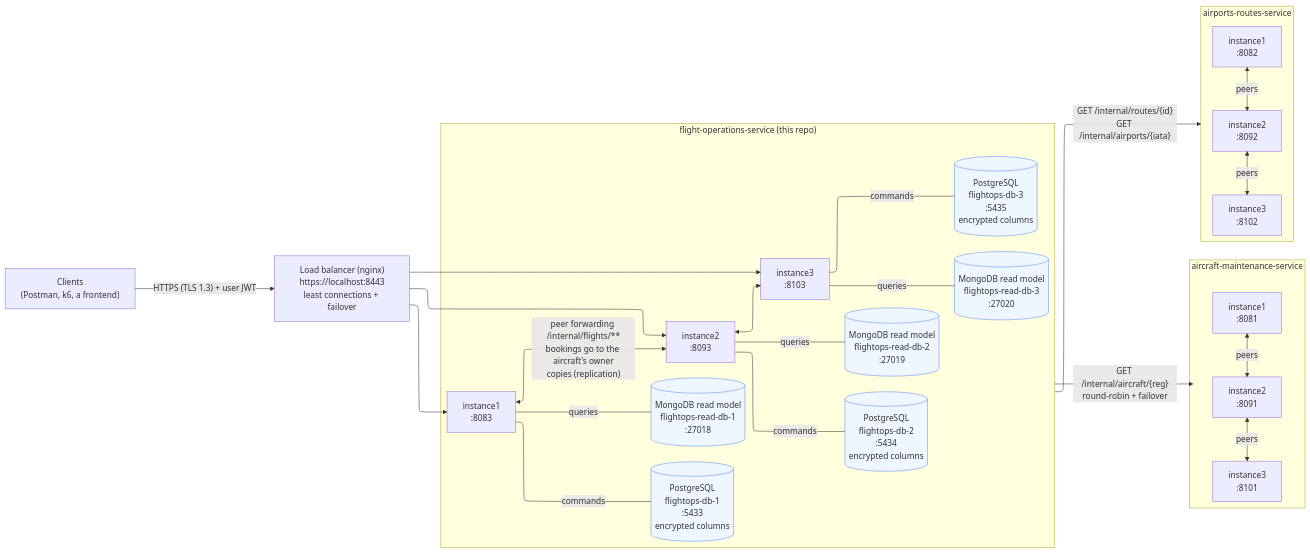
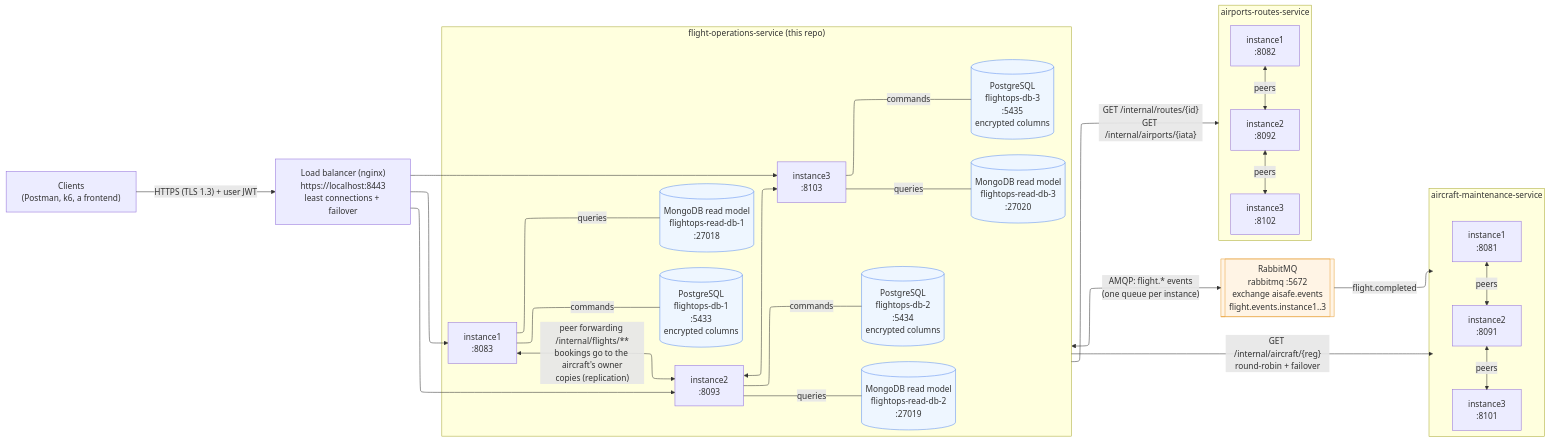
One commit to ImJay1527/flight-operations-service changed the diagram in docs/diagrams/1-system-overview.mmd. Above: the diagram before and after it, drawn with Mermaid. The commit also changed 52 other files, not shown here.

First line of the commit message:
RabbitMQ: flight events through the broker

```diff
--- a/docs/diagrams/1-system-overview.mmd
+++ b/docs/diagrams/1-system-overview.mmd
@@ -1,58 +1,64 @@
 ---
 config:
   layout: elk
 ---
 %% PL3 p.20 - the distributed system: 3 components x 3 instances, each flight-ops instance with its own database
 %% (docker-compose; on Kubernetes the same picture with pods flightops-0..N-1 found through DNS, see k8s/)
 flowchart LR
     client["Clients<br/>(Postman, k6, a frontend)"]
     lb["Load balancer (nginx)<br/>https://localhost:8443<br/>least connections + failover"]
 
     subgraph FO["flight-operations-service (this repo)"]
         direction TB
         fo1["instance1<br/>:8083"]
         fo2["instance2<br/>:8093"]
         fo3["instance3<br/>:8103"]
         db1[("PostgreSQL<br/>flightops-db-1<br/>:5433<br/>encrypted columns")]
         db2[("PostgreSQL<br/>flightops-db-2<br/>:5434<br/>encrypted columns")]
         db3[("PostgreSQL<br/>flightops-db-3<br/>:5435<br/>encrypted columns")]
         rd1[("MongoDB read model<br/>flightops-read-db-1<br/>:27018")]
         rd2[("MongoDB read model<br/>flightops-read-db-2<br/>:27019")]
         rd3[("MongoDB read model<br/>flightops-read-db-3<br/>:27020")]
         fo1 ---|commands| db1
         fo2 ---|commands| db2
         fo3 ---|commands| db3
         fo1 ---|queries| rd1
         fo2 ---|queries| rd2
         fo3 ---|queries| rd3
         fo1 <-->|"peer forwarding /internal/flights/**<br/>bookings go to the aircraft's owner<br/>copies (replication)"| fo2
         fo2 <--> fo3
     end
 
+    mq[["RabbitMQ<br/>rabbitmq :5672<br/>exchange aisafe.events<br/>flight.events.instance1..3"]]
+
     subgraph AM["aircraft-maintenance-service"]
         direction TB
         am1["instance1<br/>:8081"]
         am2["instance2<br/>:8091"]
         am3["instance3<br/>:8101"]
         am1 <-->|peers| am2
         am2 <-->|peers| am3
     end
 
     subgraph AR["airports-routes-service"]
         direction TB
         ar1["instance1<br/>:8082"]
         ar2["instance2<br/>:8092"]
         ar3["instance3<br/>:8102"]
         ar1 <-->|peers| ar2
         ar2 <-->|peers| ar3
     end
 
     client -->|"HTTPS (TLS 1.3) + user JWT"| lb
     lb --> fo1
     lb --> fo2
     lb --> fo3
     FO -->|"GET /internal/aircraft/{reg}<br/>round-robin + failover"| AM
     FO -->|"GET /internal/routes/{id}<br/>GET /internal/airports/{iata}"| AR
+    FO <-->|"AMQP: flight.* events<br/>(one queue per instance)"| mq
+    mq -->|"flight.completed"| AM
 
     classDef db fill:#eef6ff,stroke:#5b8def
     class db1,db2,db3,rd1,rd2,rd3 db
+    classDef broker fill:#fff4e5,stroke:#e8a33d
+    class mq broker
```
